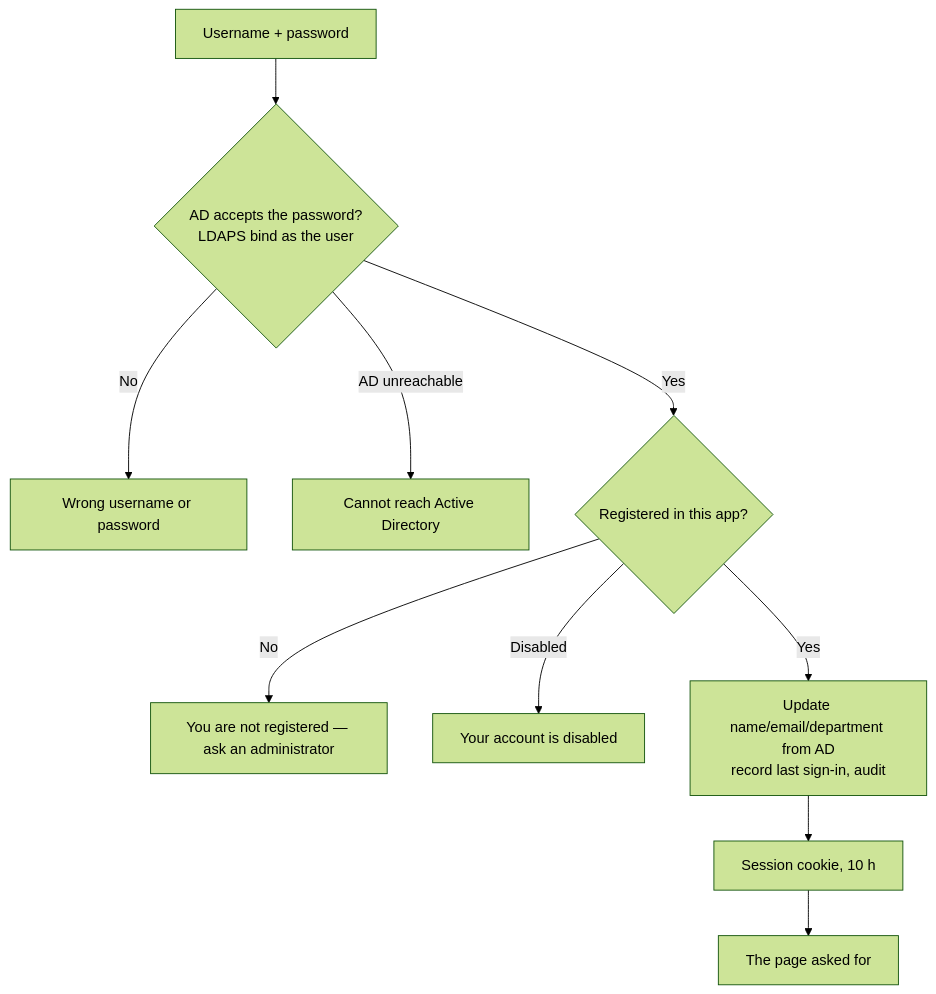
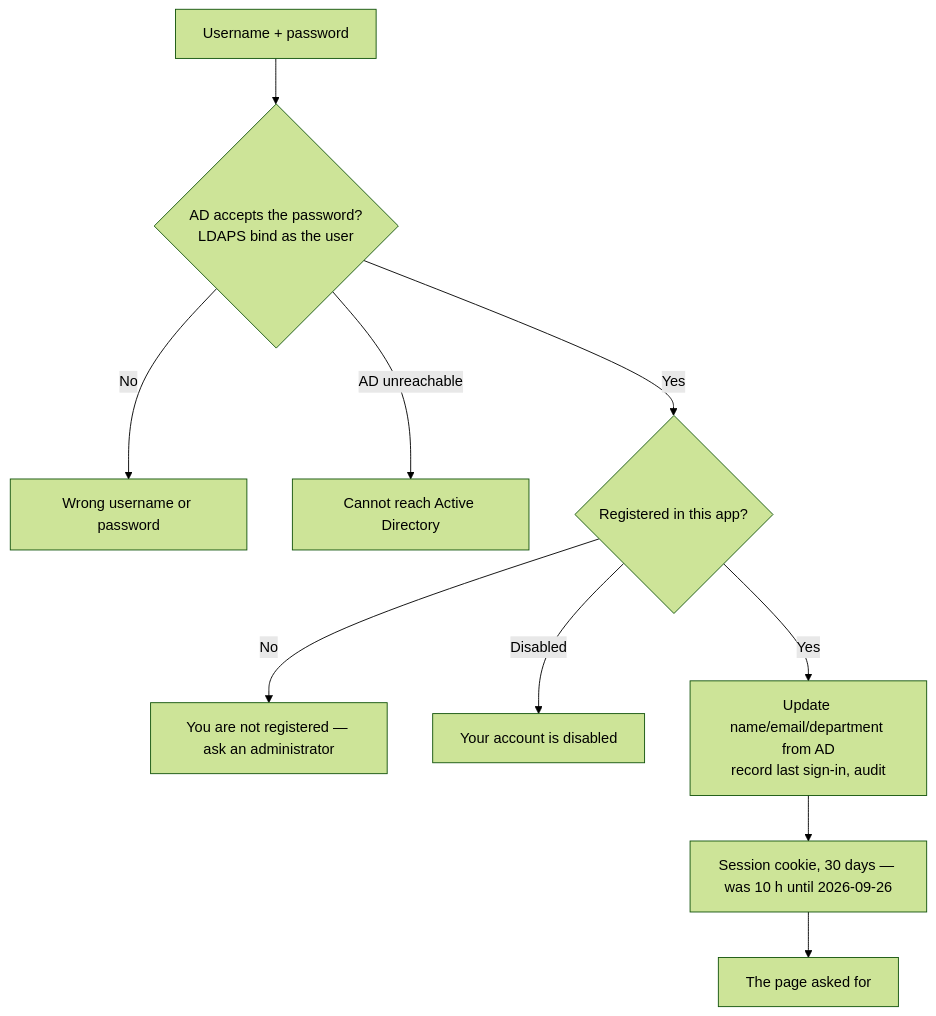
The diagram in docs/screens/05-login.md (mohamedsalahtag/SupplyChain), drawn with Mermaid (forest theme) before and after one commit. The commit also changed 116 other files, not shown here.

````diff
--- a/docs/screens/05-login.md
+++ b/docs/screens/05-login.md
@@ -10,10 +10,10 @@
 ```mermaid
 flowchart TD
   A[Username + password] --> B{AD accepts the password?<br/>LDAPS bind as the user}
   B -- No --> E1[Wrong username or password]
   B -- AD unreachable --> E2[Cannot reach Active Directory]
   B -- Yes --> C{Registered in this app?}
   C -- No --> E3[You are not registered — ask an administrator]
   C -- Disabled --> E4[Your account is disabled]
-  C -- Yes --> D[Update name/email/department from AD<br/>record last sign-in, audit] --> F[Session cookie, 10 h] --> G[The page asked for]
+  C -- Yes --> D[Update name/email/department from AD<br/>record last sign-in, audit] --> F[Session cookie, 30 days — was 10 h until 2026-09-26] --> G[The page asked for]
 ```
````
